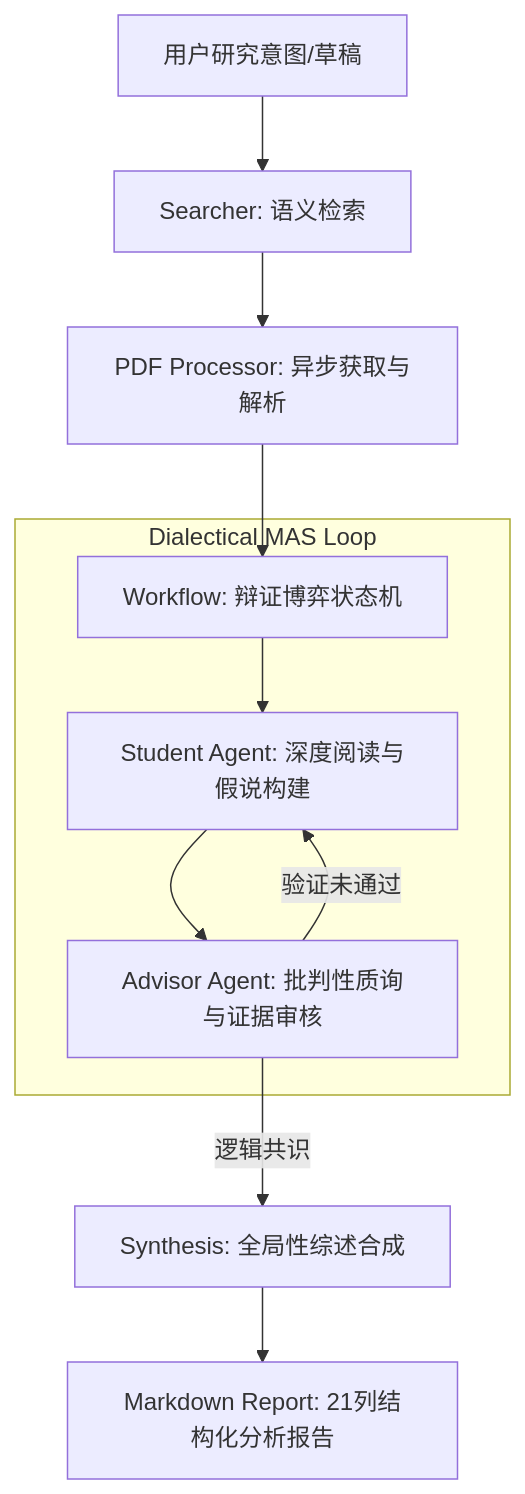
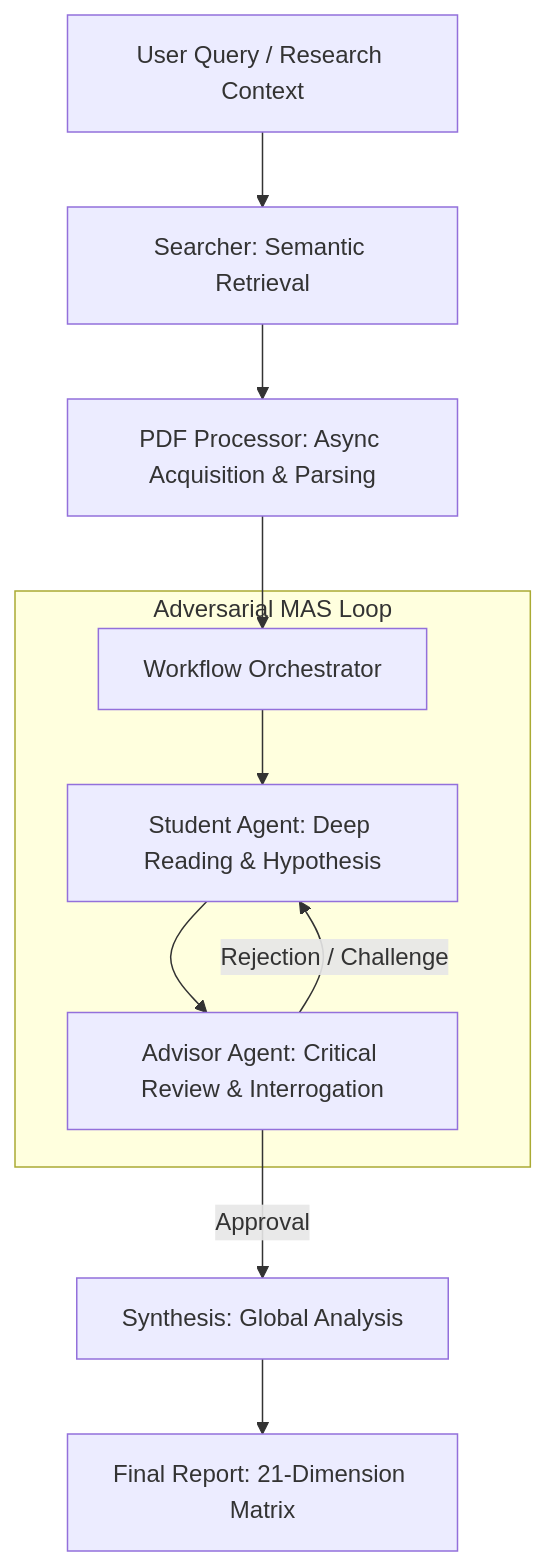
One commit to A0NECRN/FindUrCite changed the diagram in README.md. Above: the diagram before and after it, drawn with Mermaid. The commit also changed other lines of this file, not shown here.

````diff
--- a/README.md
+++ b/README.md
@@ -29,13 +30,15 @@
 ```mermaid
 graph TD
-    A[用户研究意图/草稿] --> B[Searcher: 语义检索]
-    B --> C[PDF Processor: 异步获取与解析]
-    C --> D[Workflow: 辩证博弈状态机]
-    subgraph "Dialectical MAS Loop"
-    D --> E[Student Agent: 深度阅读与假说构建]
-    E --> F[Advisor Agent: 批判性质询与证据审核]
-    F -->|验证未通过| E
+    A[User Query / Research Context] --> B[Searcher: Semantic Retrieval]
+    B --> C[PDF Processor: Async Acquisition & Parsing]
+    C --> D[Workflow Orchestrator]
+    
+    subgraph "Adversarial MAS Loop"
+    D --> E[Student Agent: Deep Reading & Hypothesis]
+    E --> F[Advisor Agent: Critical Review & Interrogation]
+    F -->|Rejection / Challenge| E
     end
-    F -->|逻辑共识| G[Synthesis: 全局性综述合成]
-    G --> H[Markdown Report: 21列结构化分析报告]
+    
+    F -->|Approval| G[Synthesis: Global Analysis]
+    G --> H[Final Report: 21-Dimension Matrix]
 ```
````
